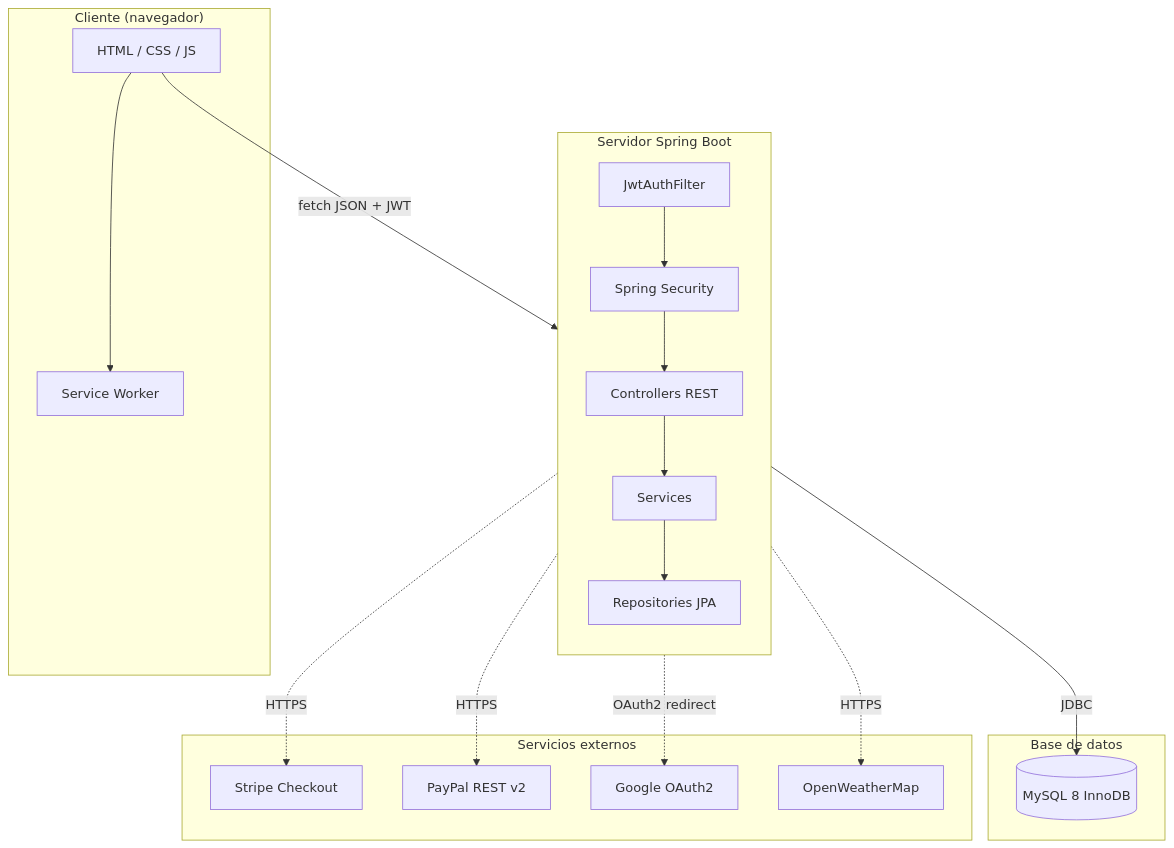
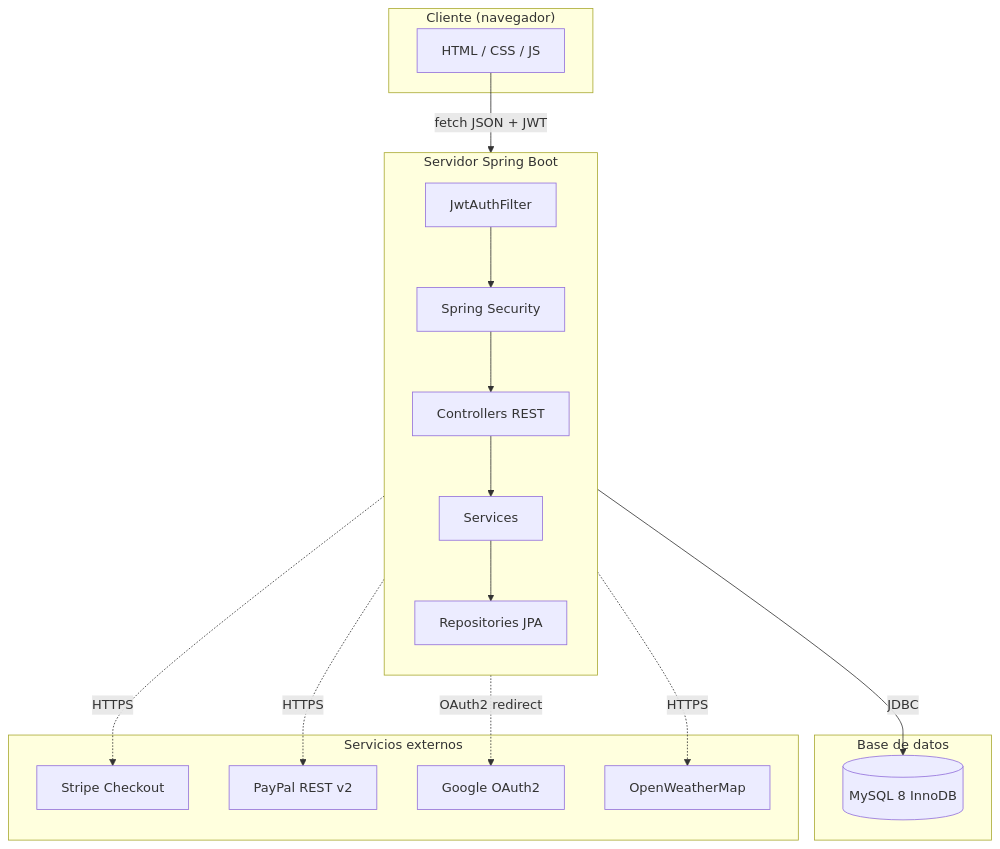
Before and after one commit to mmordoe685/diveconnect: the first of 4 diagrams in docs/diagrams/architecture.md, drawn with Mermaid. The commit also changed other lines of this file and 61 other files, not shown here.

````diff
--- a/docs/diagrams/architecture.md
+++ b/docs/diagrams/architecture.md
@@ -5,38 +5,37 @@
 ```mermaid
 flowchart TB
     subgraph Cliente["Cliente (navegador)"]
         UI[HTML / CSS / JS]
-        UI --> SW[Service Worker]
     end
 
     subgraph Servidor["Servidor Spring Boot"]
         direction TB
         Filter[JwtAuthFilter]
         Security[Spring Security]
         Controller[Controllers REST]
         Service[Services]
         Repo[Repositories JPA]
         Filter --> Security
         Security --> Controller
         Controller --> Service
         Service --> Repo
     end
 
     subgraph BD["Base de datos"]
         MySQL[(MySQL 8 InnoDB)]
     end
 
     subgraph Externos["Servicios externos"]
         Stripe[Stripe Checkout]
         PayPal[PayPal REST v2]
         Google[Google OAuth2]
         OpenWeather[OpenWeatherMap]
     end
 
     UI -->|fetch JSON + JWT| Filter
     Repo -->|JDBC| MySQL
     Service -.->|HTTPS| Stripe
     Service -.->|HTTPS| PayPal
     Security -.->|OAuth2 redirect| Google
     Service -.->|HTTPS| OpenWeather
 ```
````
